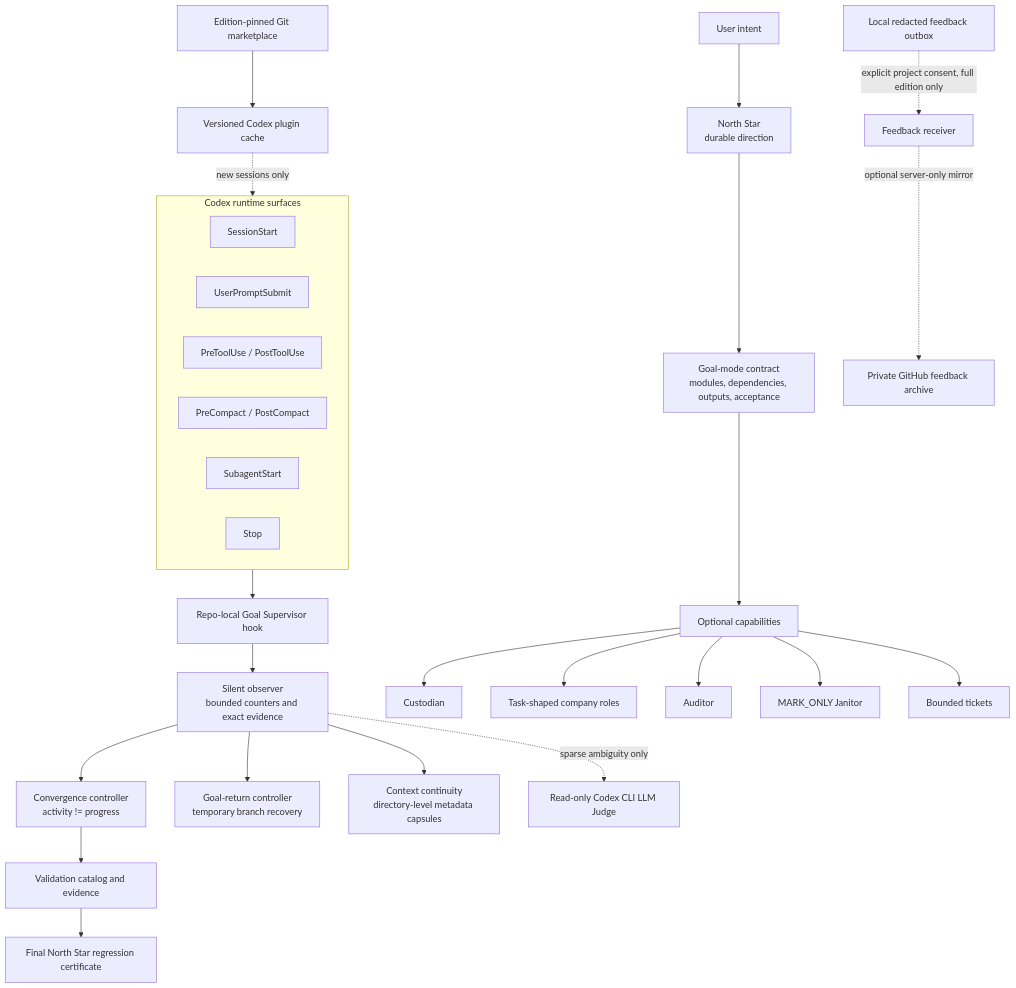
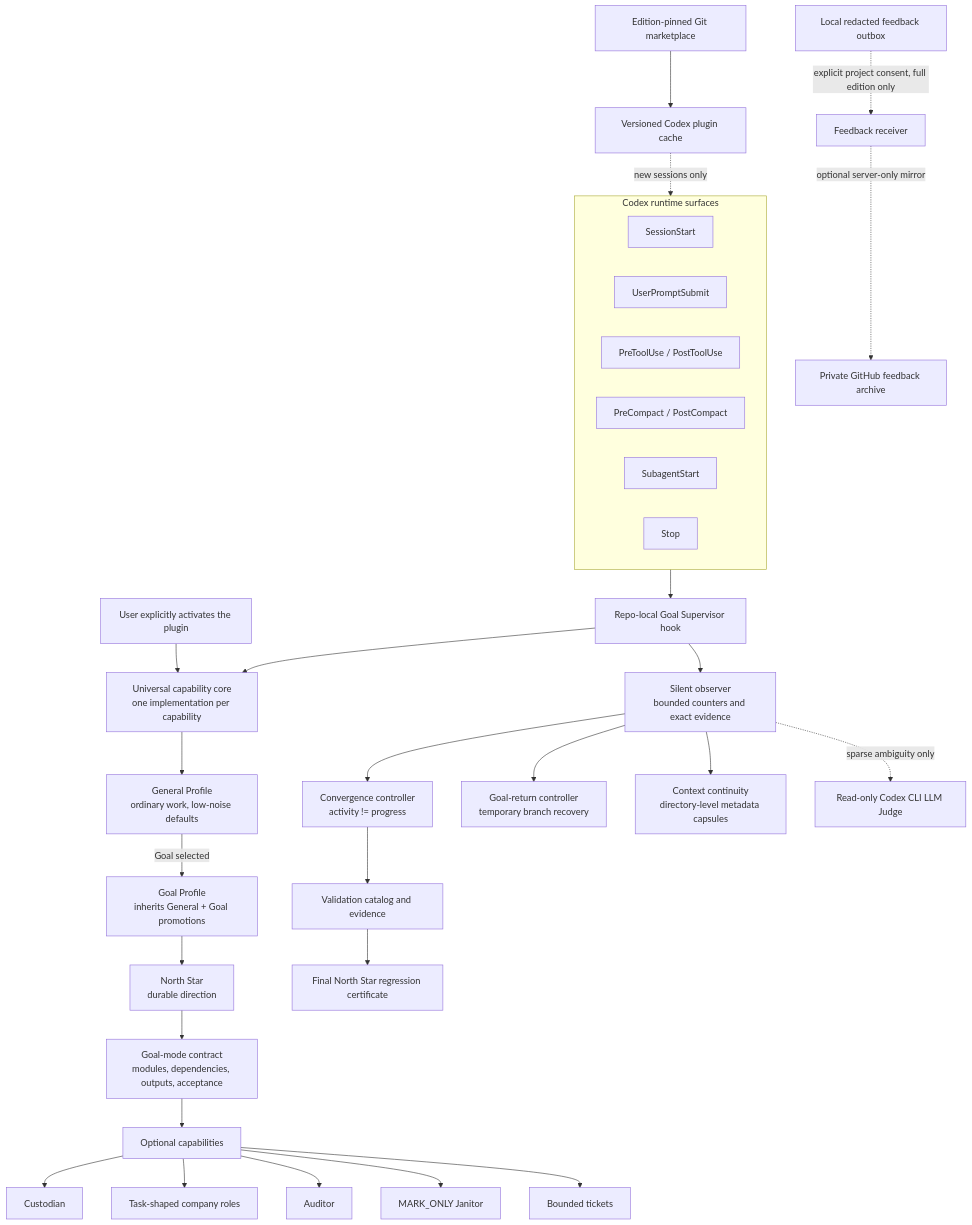
One commit to yimengbenxin/codex-goal-supervisor-update-only-marketplace changed the diagram in plugins/codex-goal-supervisor/README.md. Above: the diagram before and after it, drawn with Mermaid. The commit also changed other lines of this file and 18 other files, not shown here.

````diff
--- a/plugins/codex-goal-supervisor/README.md
+++ b/plugins/codex-goal-supervisor/README.md
@@ -68,37 +68,41 @@
 ```mermaid
 flowchart TB
-    U["User intent"] --> NS["North Star<br/>durable direction"]
+    U["User explicitly activates the plugin"] --> CORE["Universal capability core<br/>one implementation per capability"]
+    CORE --> GP["General Profile<br/>ordinary work, low-noise defaults"]
+    GP -->|"Goal selected"| GPF["Goal Profile<br/>inherits General + Goal promotions"]
+    GPF --> NS["North Star<br/>durable direction"]
     NS --> GC["Goal-mode contract<br/>modules, dependencies, outputs, acceptance"]
 
     subgraph CR["Codex runtime surfaces"]
         SS["SessionStart"]
         UP["UserPromptSubmit"]
         PT["PreToolUse / PostToolUse"]
         CP["PreCompact / PostCompact"]
         SA["SubagentStart"]
         ST["Stop"]
     end
 
     CR --> H["Repo-local Goal Supervisor hook"]
+    H --> CORE
     H --> OB["Silent observer<br/>bounded counters and exact evidence"]
     OB --> CV["Convergence controller<br/>activity != progress"]
     OB --> GR["Goal-return controller<br/>temporary branch recovery"]
     OB --> CT["Context continuity<br/>directory-level metadata capsules"]
     OB -. "sparse ambiguity only" .-> LJ["Read-only Codex CLI LLM Judge"]
 
     GC --> OC["Optional capabilities"]
     OC --> CU["Custodian"]
     OC --> CO["Task-shaped company roles"]
     OC --> AU["Auditor"]
     OC --> JA["MARK_ONLY Janitor"]
     OC --> BT["Bounded tickets"]
 
     CV --> VE["Validation catalog and evidence"]
     VE --> FC["Final North Star regression certificate"]
 
     MP["Edition-pinned Git marketplace"] --> UC["Versioned Codex plugin cache"]
     UC -. "new sessions only" .-> CR
 
     FB["Local redacted feedback outbox"] -. "explicit project consent, full edition only" .-> FS["Feedback receiver"]
     FS -. "optional server-only mirror" .-> GH["Private GitHub feedback archive"]
 ```
````
